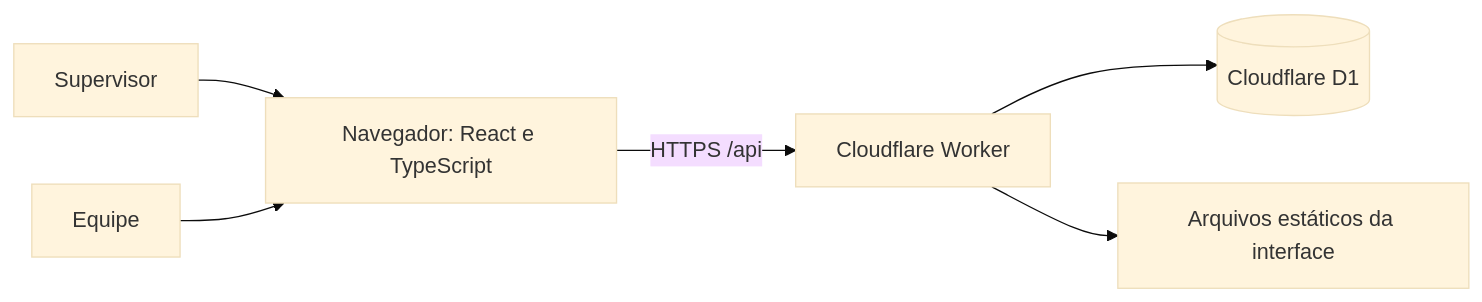
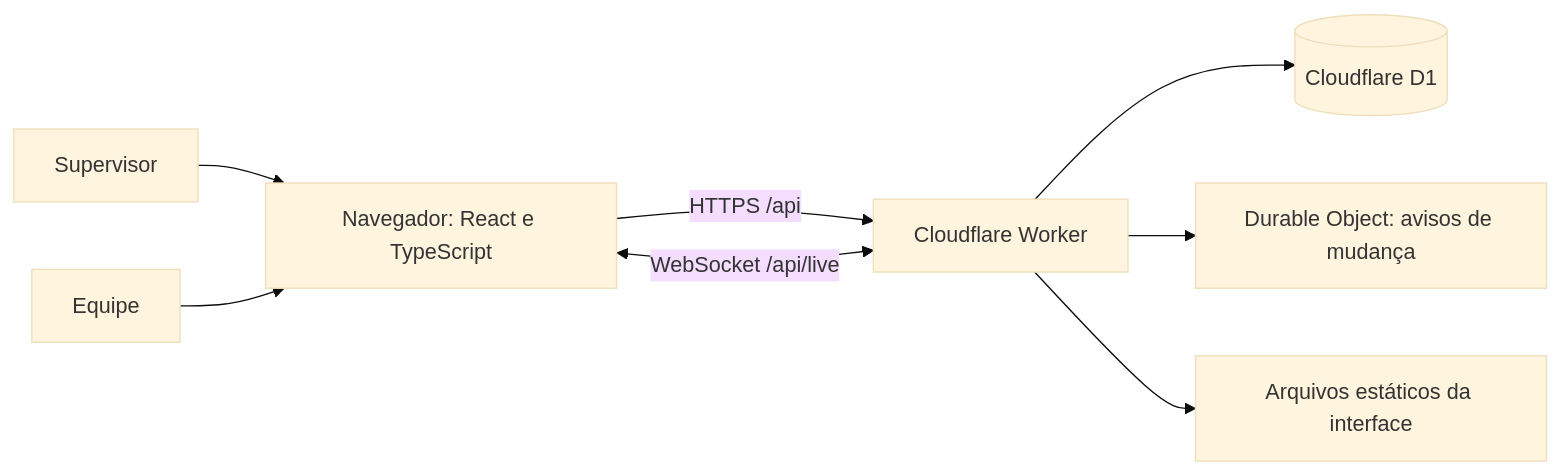
Before and after one commit to J-Ferre1ra/Controle-Manutencao: the diagram in docs/documentacao-do-projeto.md, drawn with Mermaid (base theme). The commit also changed other lines of this file and 9 other files, not shown here.

````diff
--- a/docs/documentacao-do-projeto.md
+++ b/docs/documentacao-do-projeto.md
@@ -11,8 +11,10 @@
 ```mermaid
 flowchart LR
     A[Navegador: React e TypeScript] -->|HTTPS /api| B[Cloudflare Worker]
+    A <-->|WebSocket /api/live| B
     B --> C[(Cloudflare D1)]
+    B --> L[Durable Object: avisos de mudança]
     B --> D[Arquivos estáticos da interface]
     S[Supervisor] --> A
     E[Equipe] --> A
 ```
````
